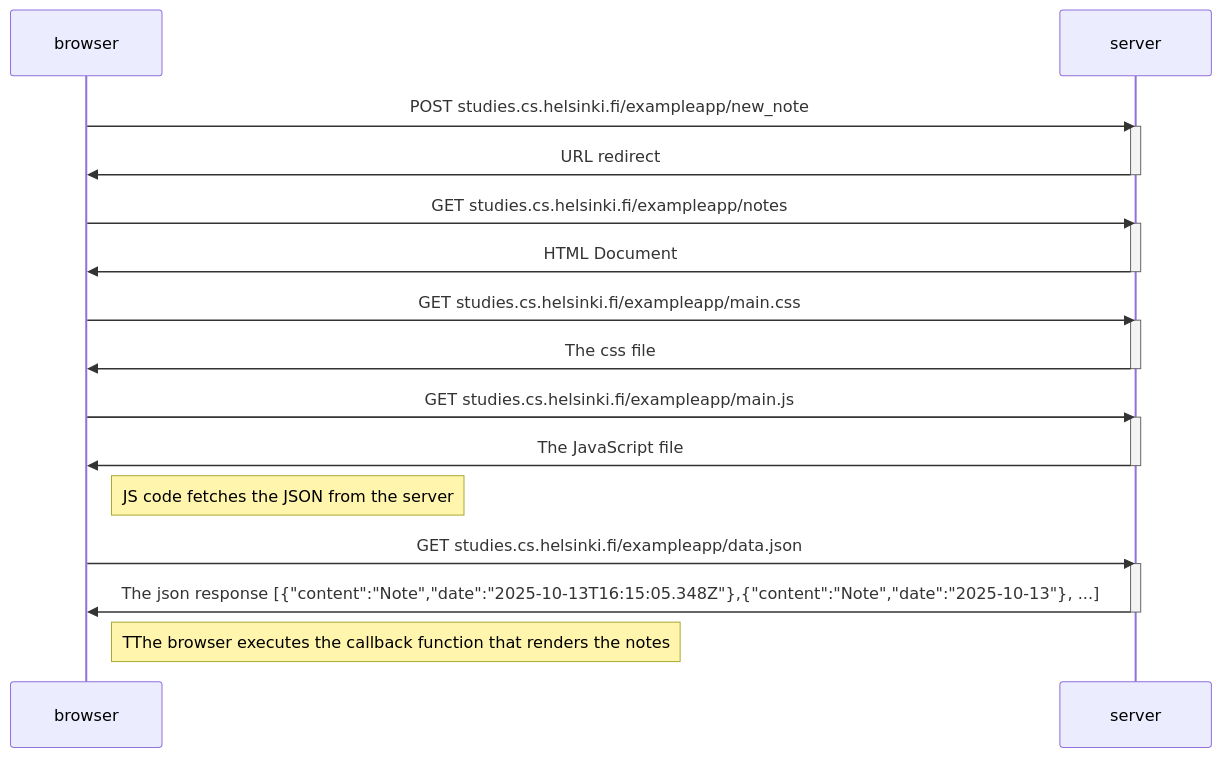
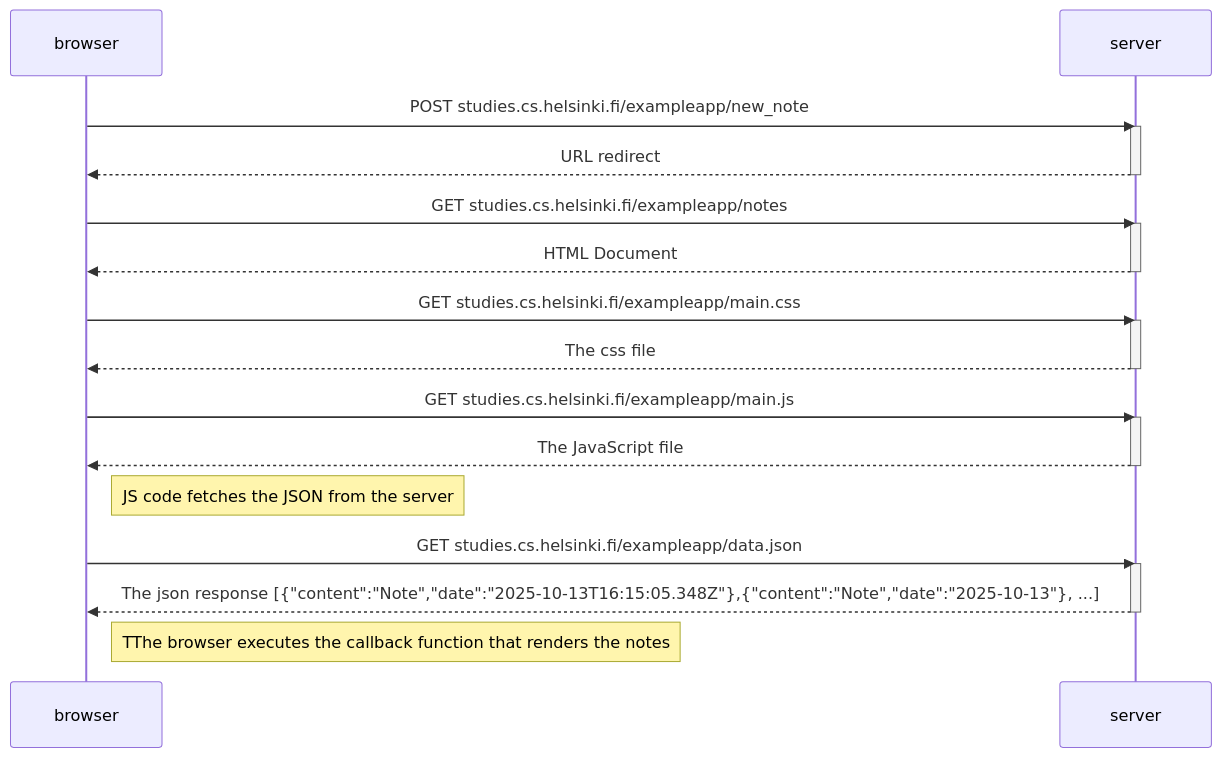
The diagram in part0/04-new-note.md (AlejandroFloresM02/fullstackopen), drawn with Mermaid before and after one commit. The commit also changed 35 other files, not shown here.

````diff
--- a/part0/04-new-note.md
+++ b/part0/04-new-note.md
@@ -1,33 +1,33 @@
 ```mermaid
 sequenceDiagram
     participant browser
     participant server
 
     browser->>server: POST studies.cs.helsinki.fi/exampleapp/new_note
     activate server
-    server->>browser: URL redirect
+    server-->>browser: URL redirect
     deactivate server
     
     browser->>server: GET studies.cs.helsinki.fi/exampleapp/notes
     activate server
-    server->>browser: HTML Document
+    server-->>browser: HTML Document
     deactivate server    
 
     browser->>server: GET studies.cs.helsinki.fi/exampleapp/main.css
     activate server
-    server->>browser: The css file
+    server-->>browser: The css file
     deactivate server
 
     browser->>server: GET studies.cs.helsinki.fi/exampleapp/main.js
     activate server
-    server->>browser: The JavaScript file
+    server-->>browser: The JavaScript file
     deactivate server
     Note right of browser: JS code fetches the JSON from the server
     
     browser->>server: GET studies.cs.helsinki.fi/exampleapp/data.json
     activate server
-    server->>browser: The json response [{"content":"Note","date":"2025-10-13T16:15:05.348Z"},{"content":"Note","date":"2025-10-13"}, ...]
+    server-->>browser: The json response [{"content":"Note","date":"2025-10-13T16:15:05.348Z"},{"content":"Note","date":"2025-10-13"}, ...]
     deactivate server
 
     Note right of browser: TThe browser executes the callback function that renders the notes
 ```
````
